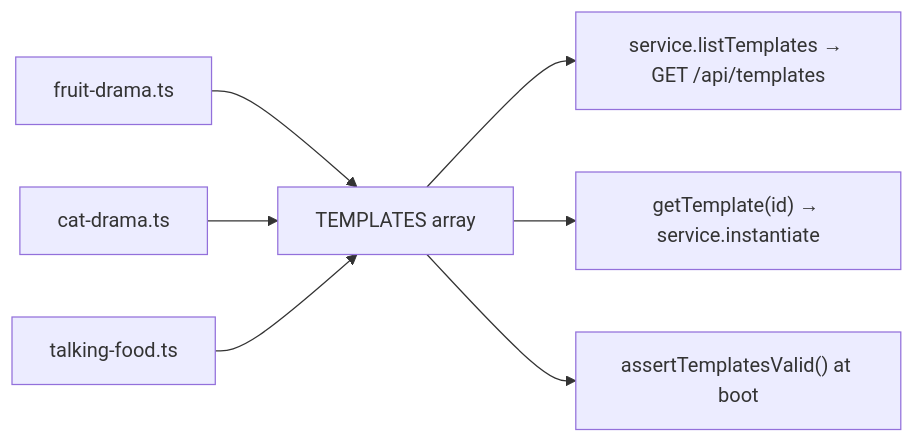
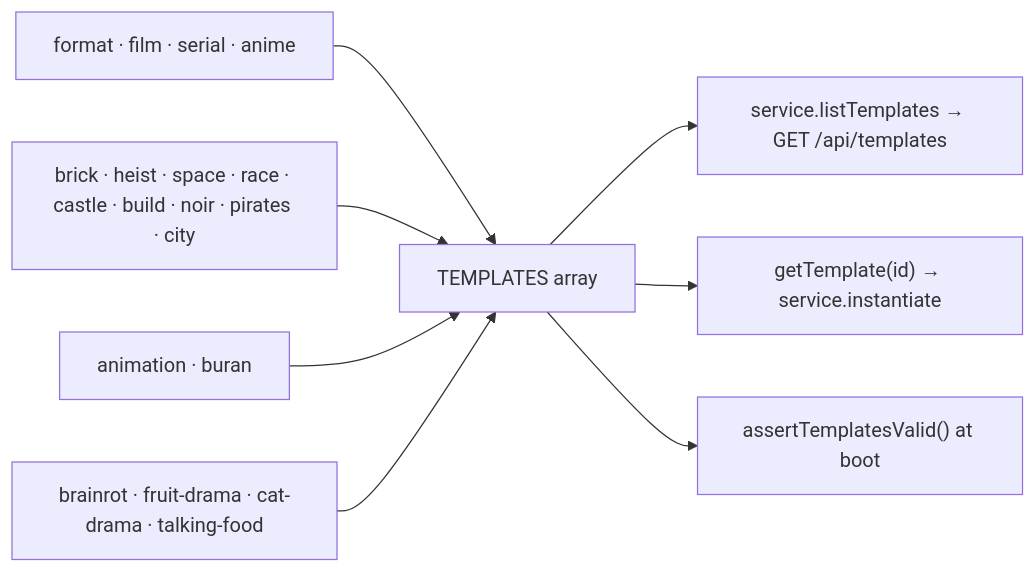
Before and after one commit to AzamatRaimbekov2/openCreate: the diagram in apps/api/src/modules/templates/catalog/index.ts.md, drawn with Mermaid. The commit also changed other lines of this file and 12 other files, not shown here.

First line of the commit message:
docs(templates): sidecars for the brick shelf, wiki log, FEATURE sections

````diff
--- a/apps/api/src/modules/templates/catalog/index.ts.md
+++ b/apps/api/src/modules/templates/catalog/index.ts.md
@@ -28,9 +31,10 @@
 ```mermaid
 flowchart LR
-  FD[fruit-drama.ts] --> REG[TEMPLATES array]
-  CD[cat-drama.ts] --> REG
-  TF[talking-food.ts] --> REG
+  FMT["format · film · serial · anime"] --> REG[TEMPLATES array]
+  BRK["brick · heist · space · race · castle · build · noir · pirates · city"] --> REG
+  ANI["animation · buran"] --> REG
+  BR["brainrot · fruit-drama · cat-drama · talking-food"] --> REG
   REG --> LIST["service.listTemplates → GET /api/templates"]
   REG --> GT["getTemplate(id) → service.instantiate"]
   REG --> AV["assertTemplatesValid() at boot"]
 ```
````
